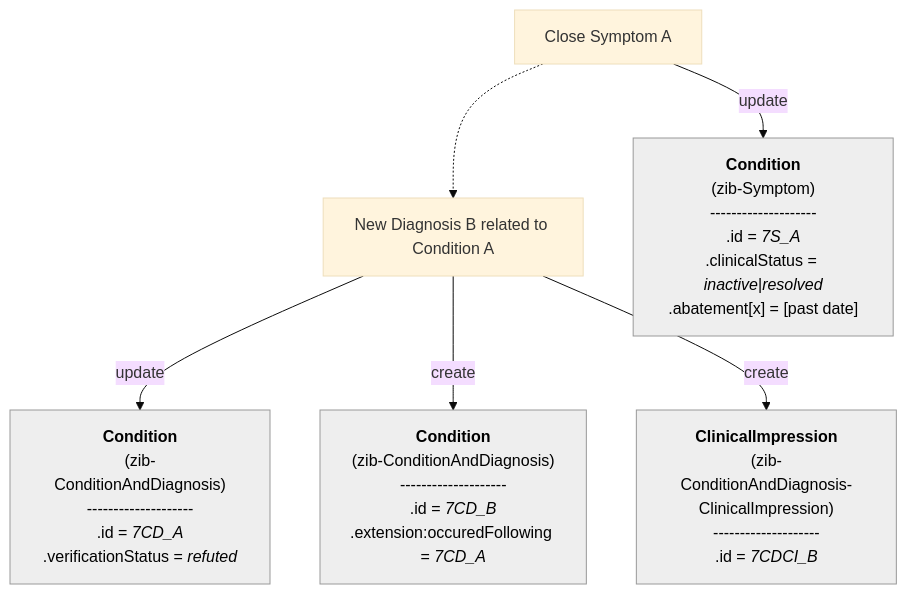
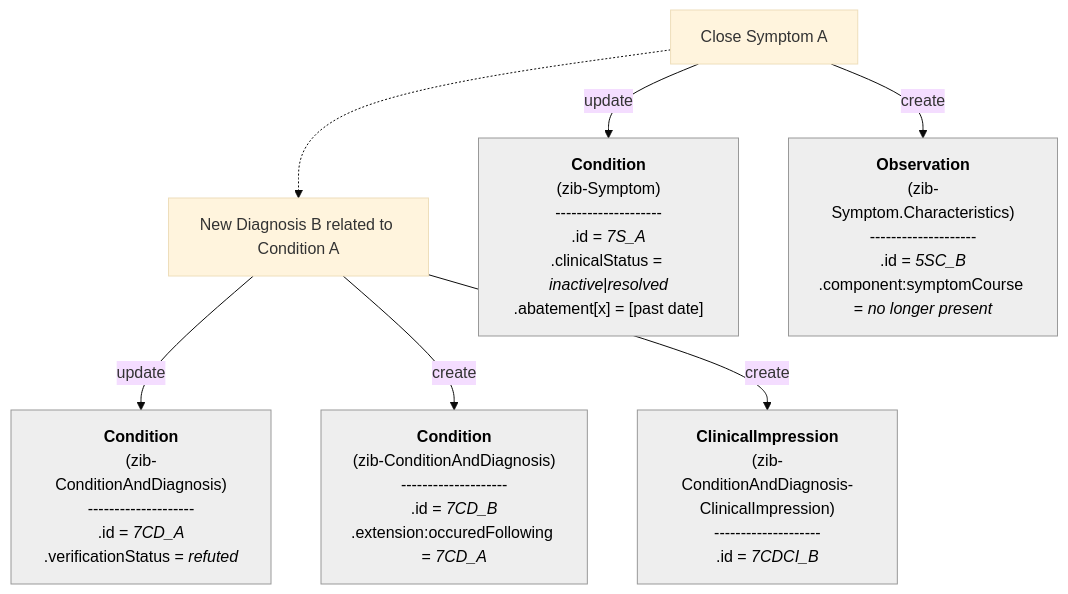
Before and after one commit to Nictiz/Nictiz-R4-zib2024: the ninth of 21 diagrams in documentation/Condition-Diagnosis-Symptom.md, drawn with Mermaid (base theme). The commit also changed other lines of this file, not shown here.

````diff
--- a/documentation/Condition-Diagnosis-Symptom.md
+++ b/documentation/Condition-Diagnosis-Symptom.md
@@ -325,42 +327,51 @@
 ```mermaid
 flowchart TB
 
 CloseSymptom_A["`Close Symptom A`"]
 NewDiagnosis_B["`New Diagnosis B related to Condition A`"]
 
 CloseSymptom_A -.-> NewDiagnosis_B
 
     S_A["`**Condition**
         (zib-Symptom)
         --------------------
         .id = _7S_A_
         .clinicalStatus = _inactive_|_resolved_
         .abatement[x] = [past date]`"]    
 
-CD_A["`**Condition**
+    SC_B["`**Observation**
+        (zib-Symptom.Characteristics)
+        --------------------
+        .id = _5SC_B_
+        .component:symptomCourse = _no longer present_
+        `"]            
+
+    CD_A["`**Condition**
         (zib-ConditionAndDiagnosis)
         --------------------
         .id = _7CD_A_
         .verificationStatus = _refuted_`"]
 
     CD_B["`**Condition**
         (zib-ConditionAndDiagnosis)
         --------------------
         .id = _7CD_B_
         .extension:occuredFollowing = _7CD_A_`"] 
     CDCI_B["`**ClinicalImpression**
         (zib-ConditionAndDiagnosis-ClinicalImpression)
         --------------------
         .id = _7CDCI_B_`"] 
 
     S_A:::Ash
+    SC_B:::Ash
     CD_A:::Ash
     CD_B:::Ash
     CDCI_B:::Ash
     classDef Ash stroke-width:1px, stroke-dasharray:none, stroke:#999999, fill:#EEEEEE, color:#000000
 
 CloseSymptom_A -- update --> S_A
+CloseSymptom_A -- create --> SC_B
 NewDiagnosis_B -- update --> CD_A
 NewDiagnosis_B -- create --> CD_B
 NewDiagnosis_B -- create --> CDCI_B
 ```
````
